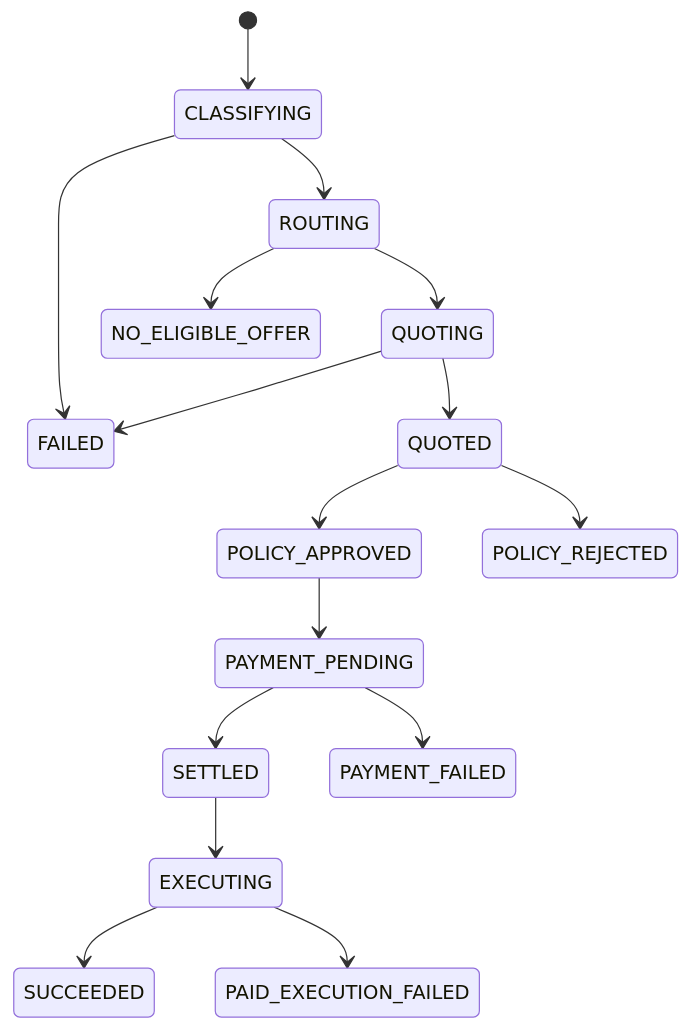
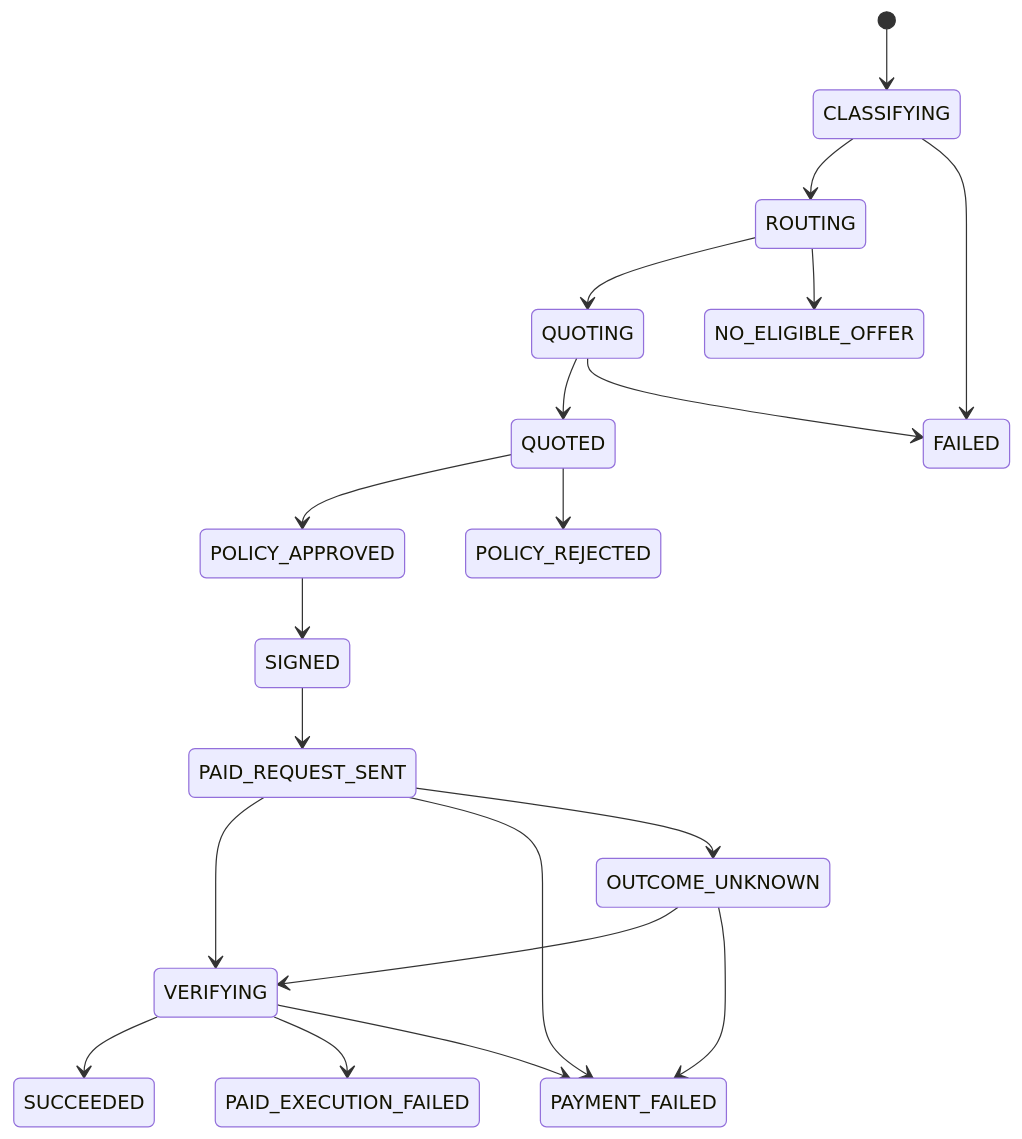
One commit to Reallyeasy1/Kevin changed the second of 3 diagrams in PRD_SPECS.md. Above: the diagram before and after it, drawn with Mermaid. The commit also changed other lines of this file, not shown here.

First line of the commit message:
Amend PRD after critique: align payment flow with x402 XRPL scheme

````diff
--- a/PRD_SPECS.md
+++ b/PRD_SPECS.md
@@ -740,18 +765,22 @@
 ```mermaid
 stateDiagram-v2
     [*] --> CLASSIFYING
     CLASSIFYING --> ROUTING
     CLASSIFYING --> FAILED
     ROUTING --> QUOTING
     ROUTING --> NO_ELIGIBLE_OFFER
     QUOTING --> QUOTED
     QUOTING --> FAILED
     QUOTED --> POLICY_APPROVED
     QUOTED --> POLICY_REJECTED
-    POLICY_APPROVED --> PAYMENT_PENDING
-    PAYMENT_PENDING --> SETTLED
-    PAYMENT_PENDING --> PAYMENT_FAILED
-    SETTLED --> EXECUTING
-    EXECUTING --> SUCCEEDED
-    EXECUTING --> PAID_EXECUTION_FAILED
+    POLICY_APPROVED --> SIGNED
+    SIGNED --> PAID_REQUEST_SENT
+    PAID_REQUEST_SENT --> VERIFYING
+    PAID_REQUEST_SENT --> PAYMENT_FAILED
+    PAID_REQUEST_SENT --> OUTCOME_UNKNOWN
+    OUTCOME_UNKNOWN --> VERIFYING
+    OUTCOME_UNKNOWN --> PAYMENT_FAILED
+    VERIFYING --> SUCCEEDED
+    VERIFYING --> PAID_EXECUTION_FAILED
+    VERIFYING --> PAYMENT_FAILED
 ```
````
